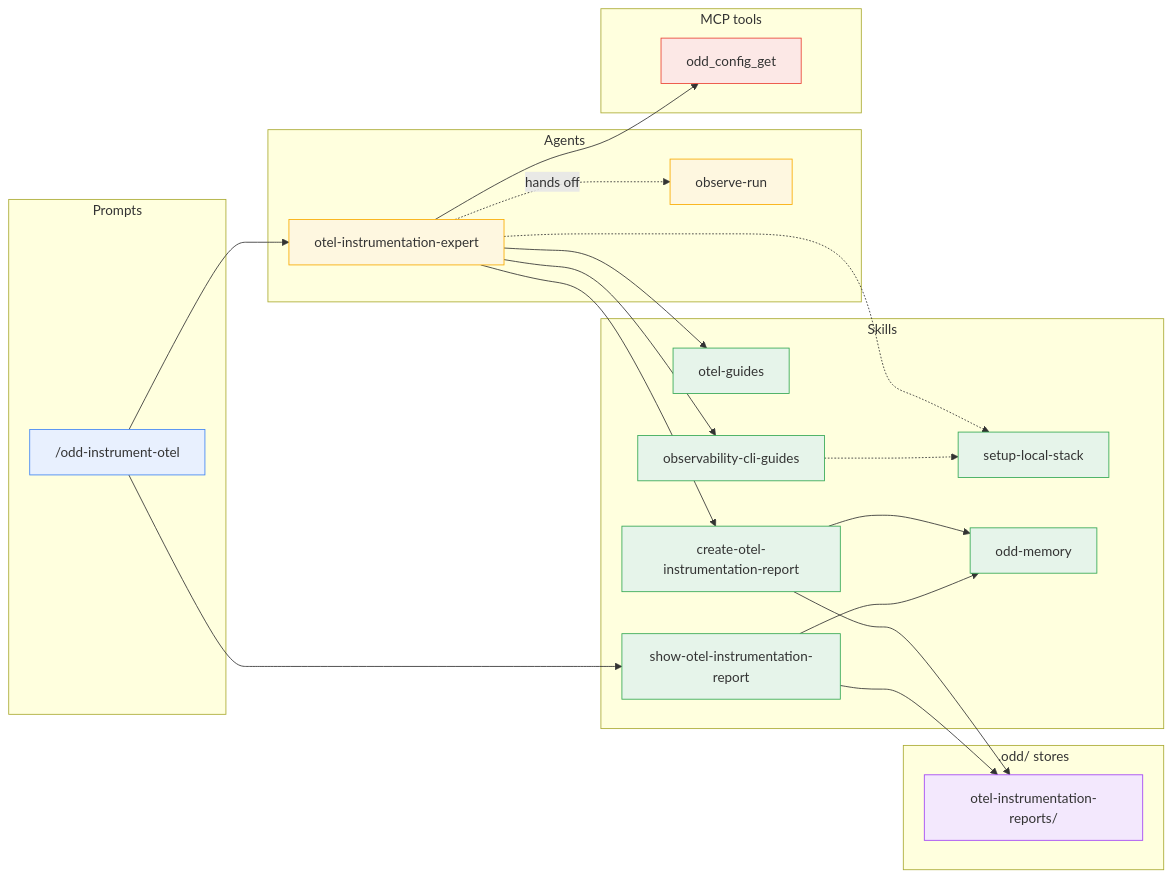
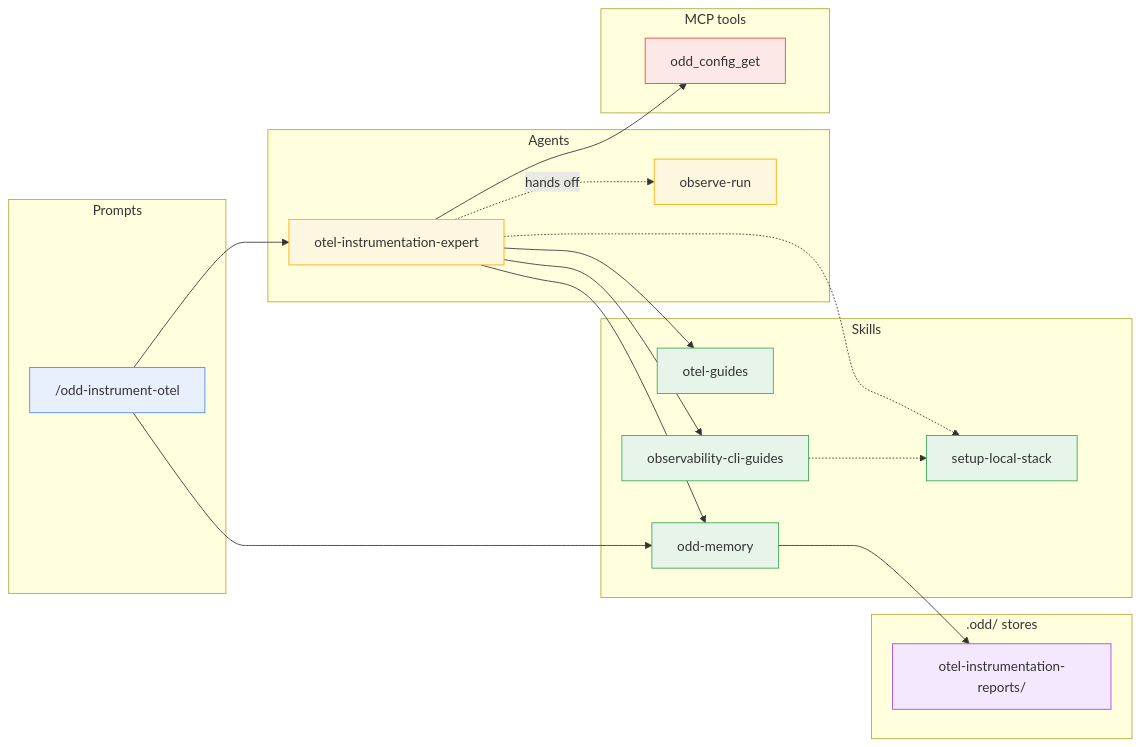
One commit to using-system/oddyssey changed the first of 7 diagrams in docs/guide/dependencies.md. Above: the diagram before and after it, drawn with Mermaid. The commit also changed other lines of this file and 24 other files, not shown here.

Commit message:
feat(skill): fold the create and show skills into odd-memory references - one memory skill, one reference per kind (#316)

````diff
--- a/docs/guide/dependencies.md
+++ b/docs/guide/dependencies.md
@@ -36,54 +36,49 @@
 ```mermaid
 flowchart LR
   subgraph Prompts
     instrument["/odd-instrument-otel"]
   end
 
   subgraph Agents
     expert[otel-instrumentation-expert]
     runner[observe-run]
   end
 
   subgraph Skills
     og[otel-guides]
     ocg[observability-cli-guides]
     sls[setup-local-stack]
-    coir[create-otel-instrumentation-report]
-    soir[show-otel-instrumentation-report]
     mem[odd-memory]
   end
 
   subgraph MCP["MCP tools"]
     cfgget[odd_config_get]
   end
 
   subgraph Stores[".odd/ stores"]
     insdir[otel-instrumentation-reports/]
   end
 
   instrument --> expert
-  instrument --> soir
+  instrument --> mem
   expert --> og
   expert --> ocg
   expert -.-> sls
-  expert --> coir
+  expert --> mem
   expert --> cfgget
   expert -. hands off .-> runner
   ocg -.-> sls
-  coir --> insdir
-  soir --> insdir
+  mem --> insdir
 
-  coir --> mem
-  soir --> mem
 
   classDef prompt fill:#e8f0fe,stroke:#4285f4
   classDef agent fill:#fef7e0,stroke:#f9ab00
   classDef skill fill:#e6f4ea,stroke:#34a853
   classDef mcp fill:#fce8e6,stroke:#ea4335
   classDef store fill:#f3e8fd,stroke:#a142f4
   class instrument prompt
   class expert,runner agent
-  class og,ocg,sls,coir,soir,mem skill
+  class og,ocg,sls,mem skill
   class cfgget mcp
   class insdir store
 ```
````
